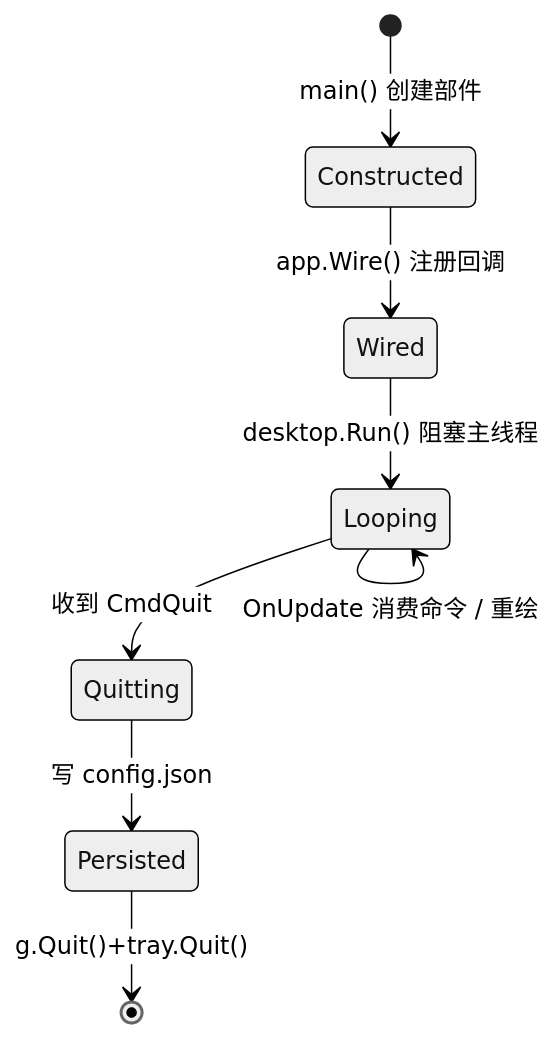
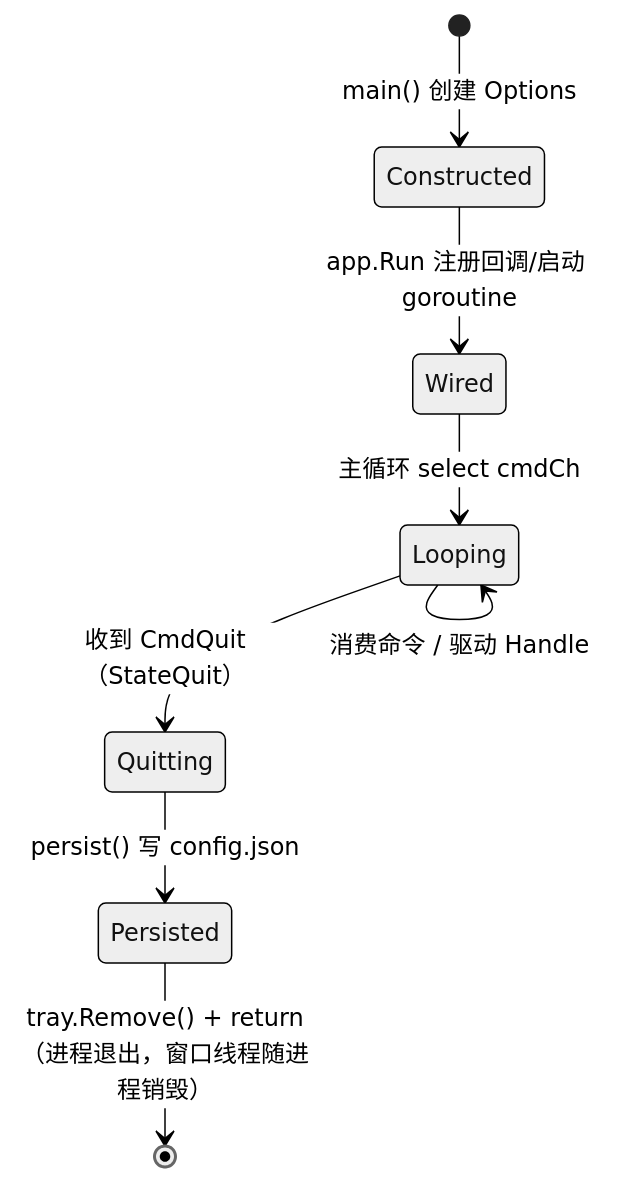
The fourth of 4 diagrams in docs/10-Shell/App.md (shaolei/DeskCalendar), drawn with Mermaid (neutral theme) before and after one commit. The commit also changed other lines of this file and 4 other files, not shown here.

````diff
--- a/docs/10-Shell/App.md
+++ b/docs/10-Shell/App.md
@@ -174,10 +202,10 @@
 ```mermaid
 stateDiagram-v2
-    [*] --> Constructed: main() 创建部件
-    Constructed --> Wired: app.Wire() 注册回调
-    Wired --> Looping: desktop.Run() 阻塞主线程
-    Looping --> Looping: OnUpdate 消费命令 / 重绘
-    Looping --> Quitting: 收到 CmdQuit
-    Quitting --> Persisted: 写 config.json
-    Persisted --> [*]: g.Quit()+tray.Quit()
+    [*] --> Constructed: main() 创建 Options
+    Constructed --> Wired: app.Run 注册回调/启动 goroutine
+    Wired --> Looping: 主循环 select cmdCh
+    Looping --> Looping: 消费命令 / 驱动 Handle
+    Looping --> Quitting: 收到 CmdQuit（StateQuit）
+    Quitting --> Persisted: persist() 写 config.json
+    Persisted --> [*]: tray.Remove() + return（进程退出，窗口线程随进程销毁）
 ```
````
